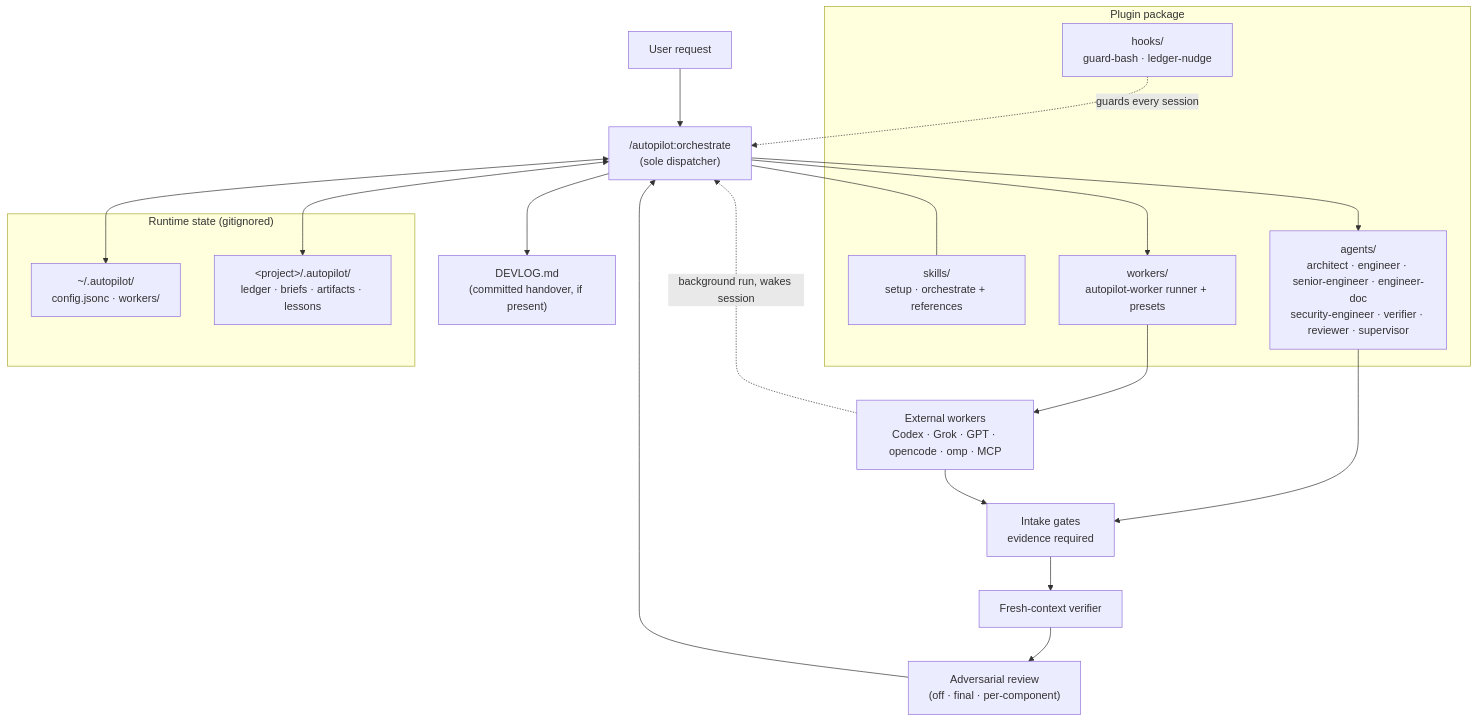
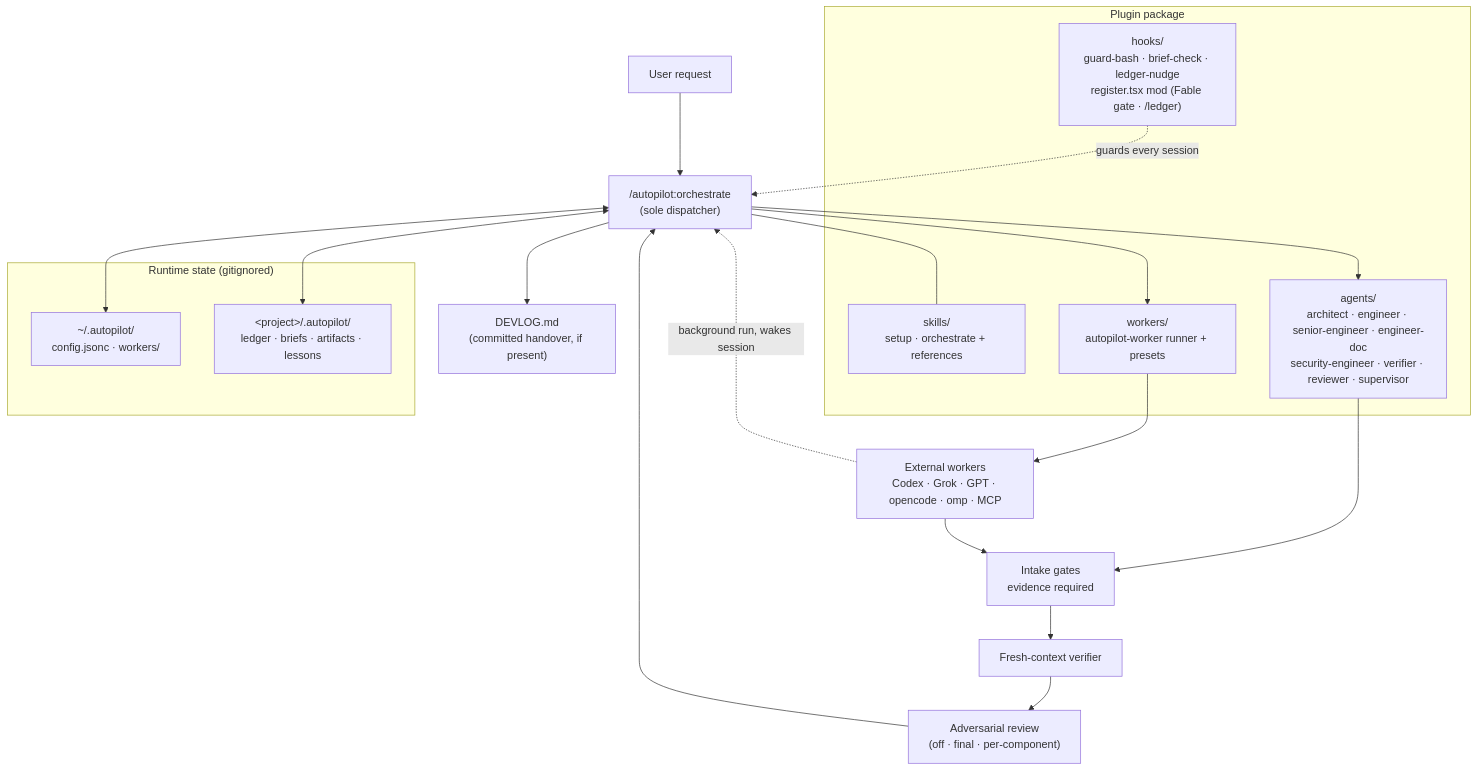
Before and after one commit to sayre4ux/autopilot: the diagram in README.md, drawn with Mermaid. The commit also changed other lines of this file and 15 other files, not shown here.

First line of the commit message:
Add a mod beside the plugin: Fable gate, brief check, /ledger pane (0.3.0)

````diff
--- a/README.md
+++ b/README.md
@@ -110,34 +110,34 @@
 ```mermaid
 flowchart TB
     U[User request] --> O["/autopilot:orchestrate<br/>(sole dispatcher)"]
 
     subgraph plugin["Plugin package"]
         SK["skills/<br/>setup · orchestrate + references"]
         AG["agents/<br/>architect · engineer · senior-engineer · engineer-doc<br/>security-engineer · verifier · reviewer · supervisor"]
-        HK["hooks/<br/>guard-bash · ledger-nudge"]
+        HK["hooks/<br/>guard-bash · brief-check · ledger-nudge<br/>register.tsx mod (Fable gate · /ledger)"]
         WR["workers/<br/>autopilot-worker runner + presets"]
     end
 
     O --- SK
     O --> AG
     O --> WR
     HK -.guards every session.-> O
 
     WR --> EXT["External workers<br/>Codex · Grok · GPT · opencode · omp · MCP"]
     EXT -. background run, wakes session .-> O
 
     AG --> IN[Intake gates<br/>evidence required]
     EXT --> IN
     IN --> VF[Fresh-context verifier]
     VF --> RV["Adversarial review<br/>(off · final · per-component)"]
     RV --> O
 
     subgraph state["Runtime state (gitignored)"]
         G["~/.autopilot/<br/>config.jsonc · workers/"]
         P["&lt;project&gt;/.autopilot/<br/>ledger · briefs · artifacts · lessons"]
     end
 
     O <--> P
     O <--> G
     O --> DL["DEVLOG.md<br/>(committed handover, if present)"]
 ```
````
